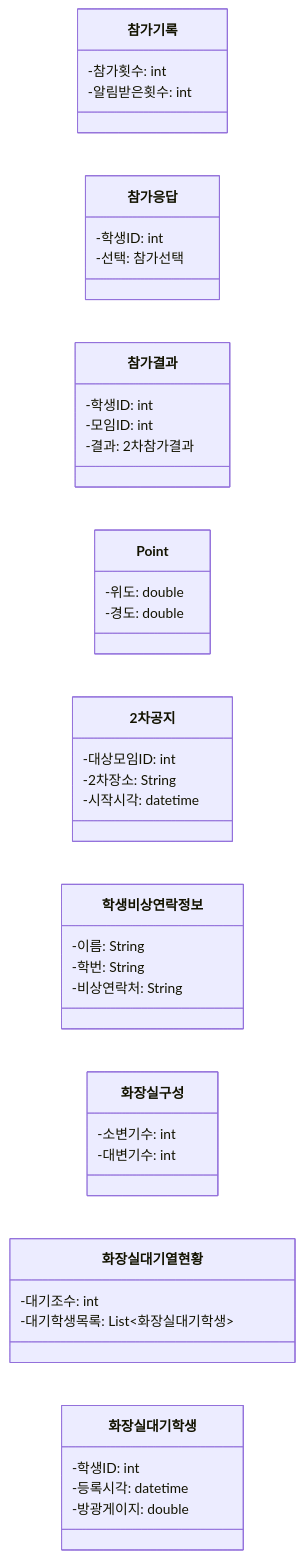
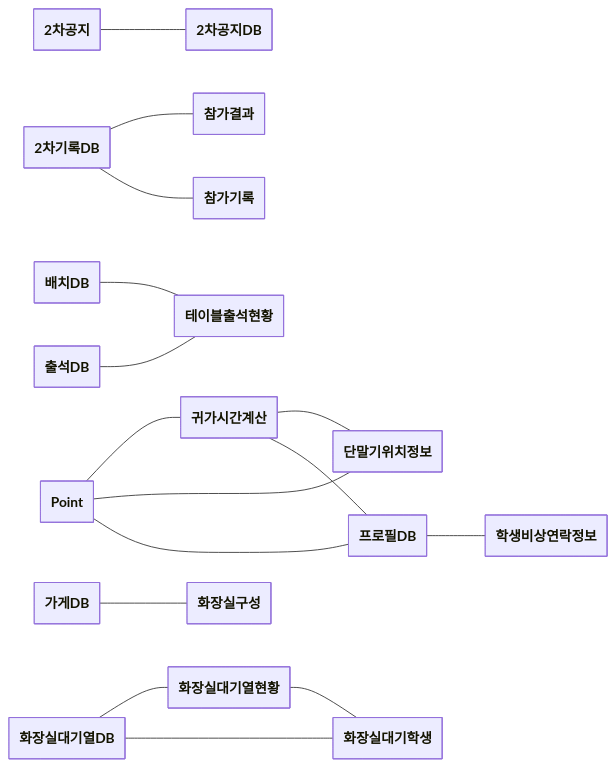
Before and after one commit to hojae3/sw-engineering-16: diagram 13 of 13 in class-diagram/class-diagram.md, drawn with Mermaid. The commit also changed other lines of this file and 1 other file, not shown here.

First line of the commit message:
[class] 통합 클래스 다이어그램을 PPT 구성에 맞춰 영역별 그림으로 변경

````diff
--- a/class-diagram/class-diagram.md
+++ b/class-diagram/class-diagram.md
@@ -917,44 +914,42 @@
 ```mermaid
+---
+config:
+  class:
+    hideEmptyMembersBox: true
+---
 classDiagram
     direction LR
-    class ParticipationRecord["참가기록"] {
-        -참가횟수: int
-        -알림받은횟수: int
-    }
-    class ParticipationResponse["참가응답"] {
-        -학생ID: int
-        -선택: 참가선택
-    }
-    class ParticipationResult["참가결과"] {
-        -학생ID: int
-        -모임ID: int
-        -결과: 2차참가결과
-    }
-    class Point["Point"] {
-        -위도: double
-        -경도: double
-    }
-    class SecondNotice["2차공지"] {
-        -대상모임ID: int
-        -2차장소: String
-        -시작시각: datetime
-    }
-    class StudentEmergencyContact["학생비상연락정보"] {
-        -이름: String
-        -학번: String
-        -비상연락처: String
-    }
-    class ToiletConfig["화장실구성"] {
-        -소변기수: int
-        -대변기수: int
-    }
-    class ToiletQueueStatus["화장실대기열현황"] {
-        -대기조수: int
-        -대기학생목록: List~화장실대기학생~
-    }
-    class ToiletWaitStudent["화장실대기학생"] {
-        -학생ID: int
-        -등록시각: datetime
-        -방광게이지: double
-    }
+    class SecondNotice["2차공지"]
+    class SecondNoticeDB["2차공지DB"]
+    class SecondRecordDB["2차기록DB"]
+    class Point["Point"]
+    class StoreDB["가게DB"]
+    class ReturnHomeTimeCalc["귀가시간계산"]
+    class DeviceLocation["단말기위치정보"]
+    class ArrangementDB["배치DB"]
+    class ParticipationResult["참가결과"]
+    class ParticipationRecord["참가기록"]
+    class AttendanceDB["출석DB"]
+    class TableAttendanceStatus["테이블출석현황"]
+    class ProfileDB["프로필DB"]
+    class StudentEmergencyContact["학생비상연락정보"]
+    class ToiletConfig["화장실구성"]
+    class ToiletQueueDB["화장실대기열DB"]
+    class ToiletQueueStatus["화장실대기열현황"]
+    class ToiletWaitStudent["화장실대기학생"]
+    SecondNotice -- SecondNoticeDB
+    SecondRecordDB -- ParticipationResult
+    SecondRecordDB -- ParticipationRecord
+    Point -- ReturnHomeTimeCalc
+    Point -- DeviceLocation
+    Point -- ProfileDB
+    StoreDB -- ToiletConfig
+    ReturnHomeTimeCalc -- DeviceLocation
+    ReturnHomeTimeCalc -- ProfileDB
+    ArrangementDB -- TableAttendanceStatus
+    AttendanceDB -- TableAttendanceStatus
+    ProfileDB -- StudentEmergencyContact
+    ToiletQueueDB -- ToiletQueueStatus
+    ToiletQueueDB -- ToiletWaitStudent
+    ToiletQueueStatus -- ToiletWaitStudent
 ```
````
